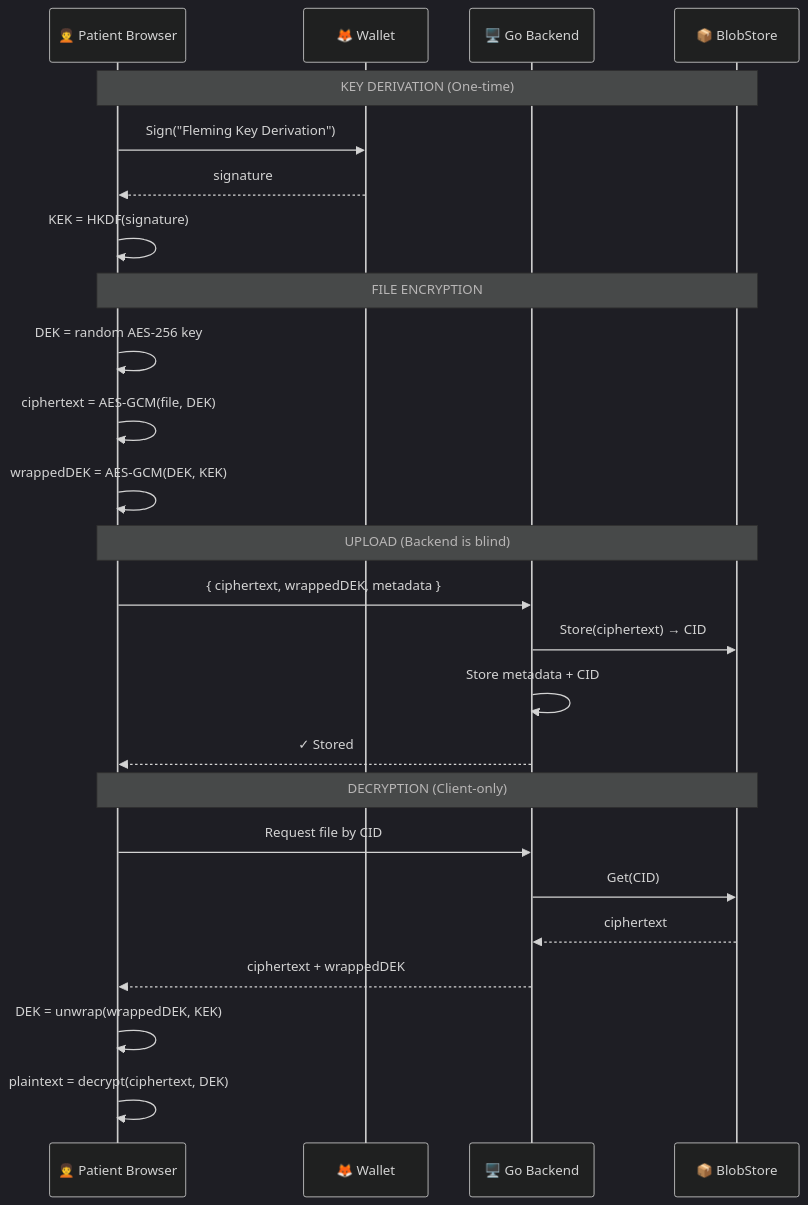
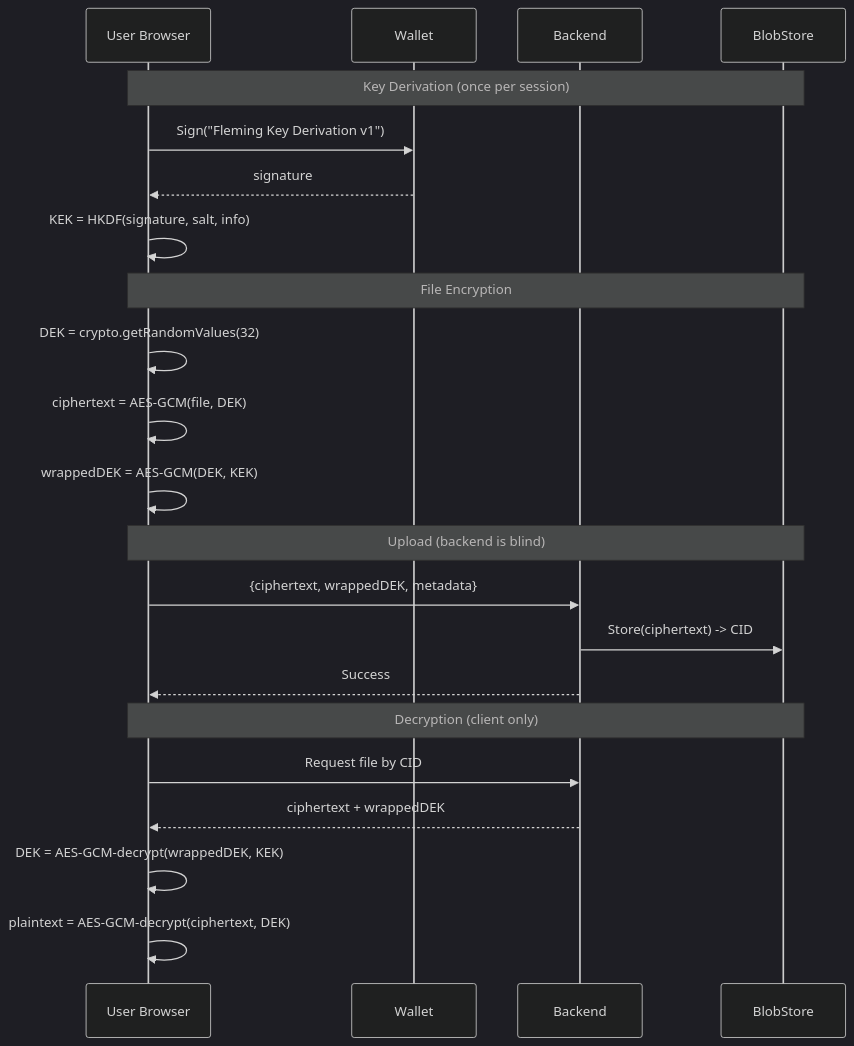
One commit to itspablomontes/fleming changed diagram 13 of 18 in docs/ARCHITECTURE.md. Above: the diagram before and after it, drawn with Mermaid (dark theme). The commit also changed other lines of this file and 1 other file, not shown here.

````diff
--- a/docs/ARCHITECTURE.md
+++ b/docs/ARCHITECTURE.md
@@ -207,31 +723,28 @@
 ```mermaid
 sequenceDiagram
-    participant Patient as 🧑‍🦱 Patient Browser
-    participant Wallet as 🦊 Wallet
-    participant Backend as 🖥️ Go Backend
-    participant Storage as 📦 BlobStore
+    participant U as User Browser
+    participant W as Wallet
+    participant B as Backend
+    participant S as BlobStore
 
-    Note over Patient,Storage: KEY DERIVATION (One-time)
-    Patient->>Wallet: Sign("Fleming Key Derivation")
-    Wallet-->>Patient: signature
-    Patient->>Patient: KEK = HKDF(signature)
+    Note over U,S: Key Derivation (once per session)
+    U->>W: Sign("Fleming Key Derivation v1")
+    W-->>U: signature
+    U->>U: KEK = HKDF(signature, salt, info)
 
-    Note over Patient,Storage: FILE ENCRYPTION
-    Patient->>Patient: DEK = random AES-256 key
-    Patient->>Patient: ciphertext = AES-GCM(file, DEK)
-    Patient->>Patient: wrappedDEK = AES-GCM(DEK, KEK)
+    Note over U,S: File Encryption
+    U->>U: DEK = crypto.getRandomValues(32)
+    U->>U: ciphertext = AES-GCM(file, DEK)
+    U->>U: wrappedDEK = AES-GCM(DEK, KEK)
 
-    Note over Patient,Storage: UPLOAD (Backend is blind)
-    Patient->>Backend: { ciphertext, wrappedDEK, metadata }
-    Backend->>Storage: Store(ciphertext) → CID
-    Backend->>Backend: Store metadata + CID
-    Backend-->>Patient: ✓ Stored
+    Note over U,S: Upload (backend is blind)
+    U->>B: {ciphertext, wrappedDEK, metadata}
+    B->>S: Store(ciphertext) -> CID
+    B-->>U: Success
 
-    Note over Patient,Storage: DECRYPTION (Client-only)
-    Patient->>Backend: Request file by CID
-    Backend->>Storage: Get(CID)
-    Storage-->>Backend: ciphertext
-    Backend-->>Patient: ciphertext + wrappedDEK
-    Patient->>Patient: DEK = unwrap(wrappedDEK, KEK)
-    Patient->>Patient: plaintext = decrypt(ciphertext, DEK)
+    Note over U,S: Decryption (client only)
+    U->>B: Request file by CID
+    B-->>U: ciphertext + wrappedDEK
+    U->>U: DEK = AES-GCM-decrypt(wrappedDEK, KEK)
+    U->>U: plaintext = AES-GCM-decrypt(ciphertext, DEK)
 ```
````
